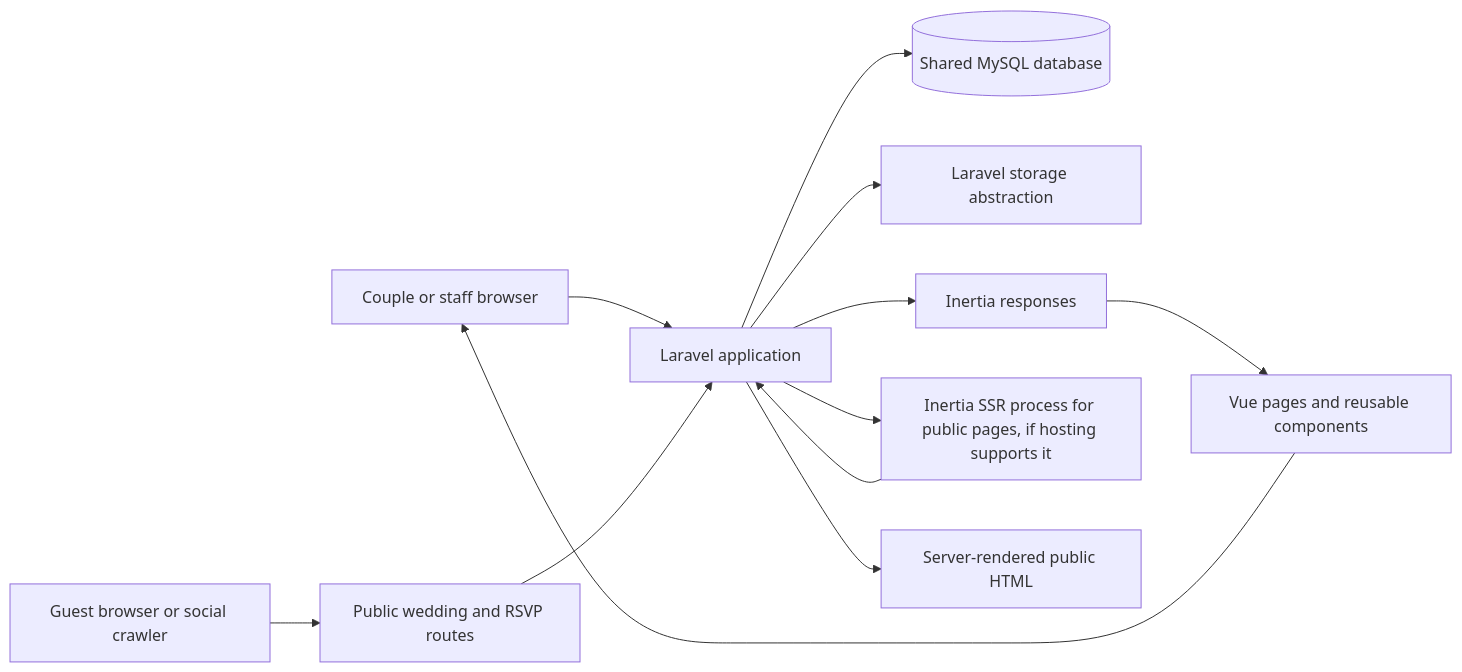
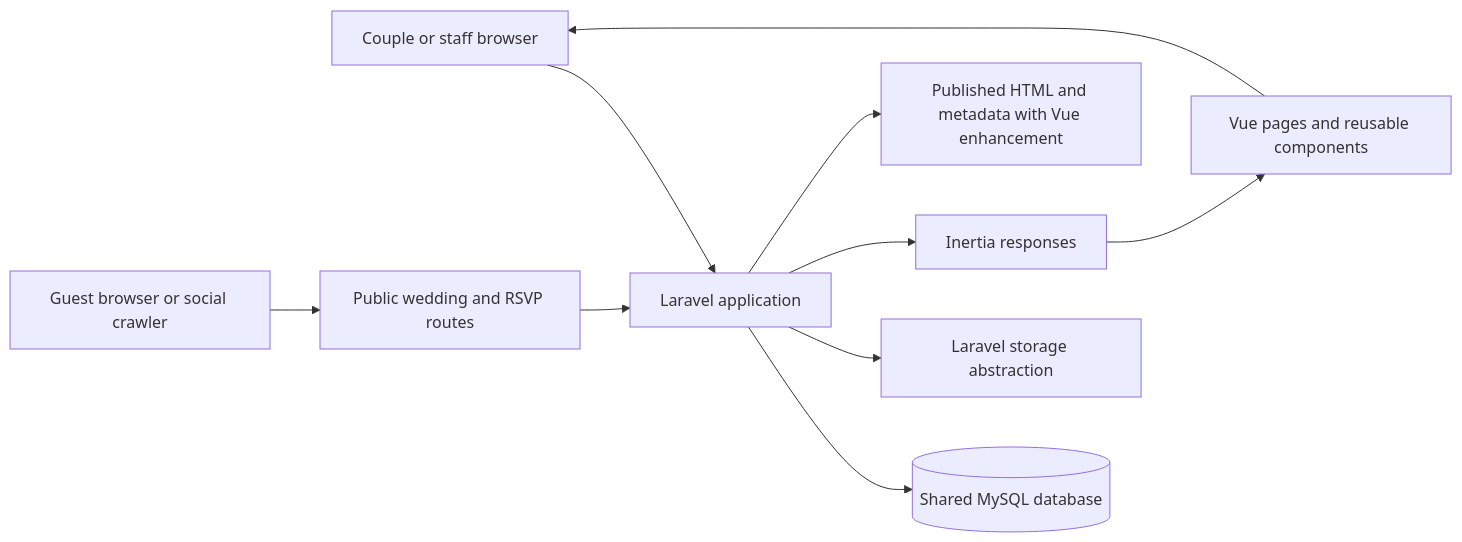
The first of 2 diagrams in docs/architecture.md (Lester-Fong/RSVP), drawn with Mermaid before and after one commit. The commit also changed other lines of this file and 33 other files, not shown here.

````diff
--- a/docs/architecture.md
+++ b/docs/architecture.md
@@ -35,14 +35,12 @@
 ```mermaid
 flowchart LR
     Browser[Couple or staff browser] --> Laravel[Laravel application]
     Guest[Guest browser or social crawler] --> PublicRoutes[Public wedding and RSVP routes]
     PublicRoutes --> Laravel
     Laravel --> MySQL[(Shared MySQL database)]
     Laravel --> Files[Laravel storage abstraction]
     Laravel --> Inertia[Inertia responses]
     Inertia --> Vue[Vue pages and reusable components]
     Vue --> Browser
-    Laravel --> SSR[Inertia SSR process for public pages, if hosting supports it]
-    SSR --> Laravel
-    Laravel --> GuestHTML[Server-rendered public HTML]
+    Laravel --> GuestHTML[Published HTML and metadata with Vue enhancement]
 ```
````
